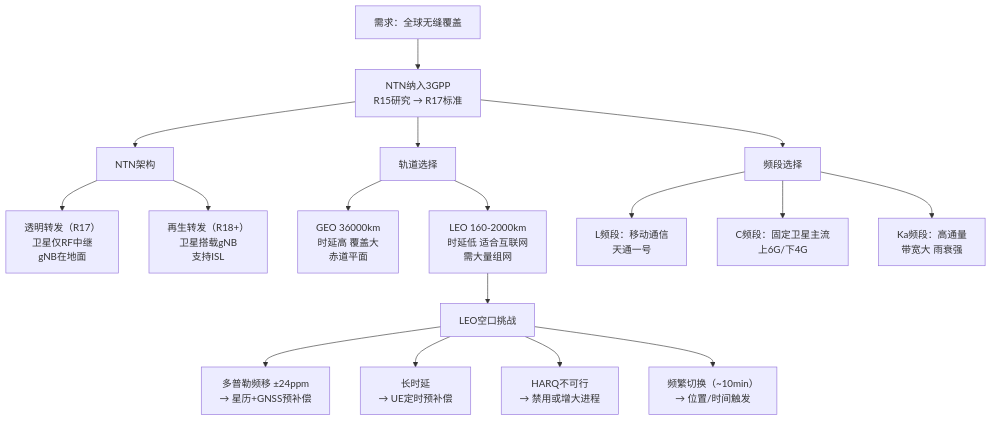
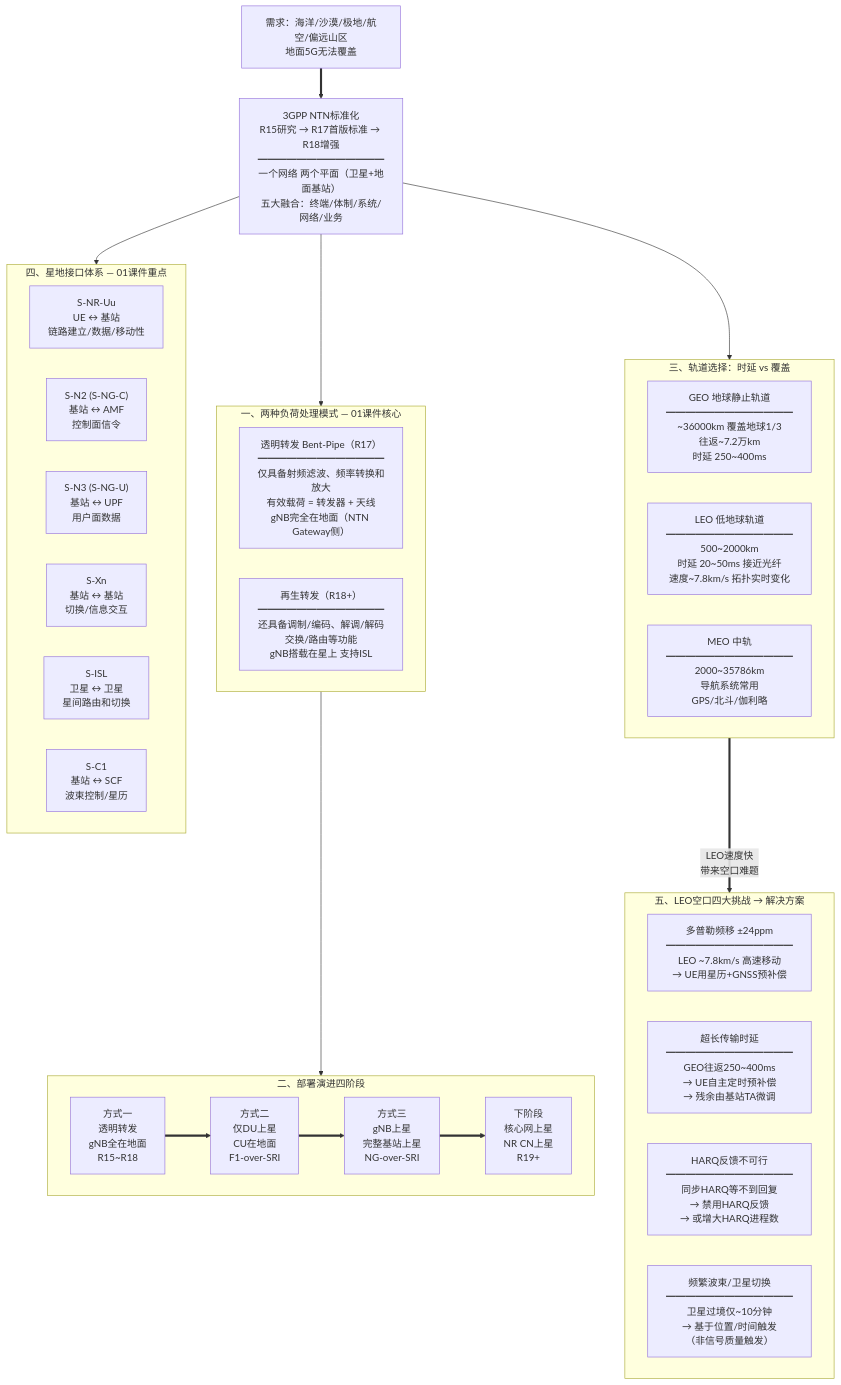
The second of 6 diagrams in 课程笔记/00-逻辑导图与记忆手册.md (luckywangyi/dtcup-2026-prep), drawn with Mermaid before and after one commit. The commit also changed other lines of this file and 40 other files, not shown here.

````diff
--- a/课程笔记/00-逻辑导图与记忆手册.md
+++ b/课程笔记/00-逻辑导图与记忆手册.md
@@ -87,36 +92,51 @@
 ```mermaid
-graph TD
-  need["需求：全球无缝覆盖"]
-  ntn["NTN纳入3GPP<br/>R15研究 → R17标准"]
-  arch["NTN架构"]
-  transparent["透明转发（R17）<br/>卫星仅RF中继<br/>gNB在地面"]
-  regen["再生转发（R18+）<br/>卫星搭载gNB<br/>支持ISL"]
-  orbit["轨道选择"]
-  geo["GEO 36000km<br/>时延高 覆盖大<br/>赤道平面"]
-  leo["LEO 160-2000km<br/>时延低 适合互联网<br/>需大量组网"]
-  freq["频段选择"]
-  lband["L频段：移动通信<br/>天通一号"]
-  cband["C频段：固定卫星主流<br/>上6G/下4G"]
-  kaband["Ka频段：高通量<br/>带宽大 雨衰强"]
-  challenge["LEO空口挑战"]
-  doppler["多普勒频移 ±24ppm<br/>→ 星历+GNSS预补偿"]
-  delay["长时延<br/>→ UE定时预补偿"]
-  harq["HARQ不可行<br/>→ 禁用或增大进程"]
-  handover["频繁切换（~10min）<br/>→ 位置/时间触发"]
+graph TB
+  need["需求：海洋/沙漠/极地/航空/偏远山区<br/>地面5G无法覆盖"]
 
-  need --> ntn --> arch
-  arch --> transparent
-  arch --> regen
-  ntn --> orbit
-  orbit --> geo
-  orbit --> leo
-  ntn --> freq
-  freq --> lband
-  freq --> cband
-  freq --> kaband
-  leo --> challenge
-  challenge --> doppler
-  challenge --> delay
-  challenge --> harq
-  challenge --> handover
+  need ==> ntn["3GPP NTN标准化<br/>R15研究 → R17首版标准 → R18增强<br/>━━━━━━━━━━━━━<br/>一个网络 两个平面（卫星+地面基站）<br/>五大融合：终端/体制/系统/网络/业务"]
+
+  subgraph archGroup [一、两种负荷处理模式 — 01课件核心]
+    direction LR
+    transparent["透明转发 Bent-Pipe（R17）<br/>━━━━━━━━━━━━━<br/>仅具备射频滤波、频率转换和放大<br/>有效载荷 = 转发器 + 天线<br/>gNB完全在地面（NTN Gateway侧）"]
+    regen["再生转发（R18+）<br/>━━━━━━━━━━━━━<br/>还具备调制/编码、解调/解码<br/>交换/路由等功能<br/>gNB搭载在星上 支持ISL"]
+  end
+
+  subgraph evolveGroup [二、部署演进四阶段]
+    direction LR
+    e1["方式一<br/>透明转发<br/>gNB全在地面<br/>R15~R18"]
+    e2["方式二<br/>仅DU上星<br/>CU在地面<br/>F1-over-SRI"]
+    e3["方式三<br/>gNB上星<br/>完整基站上星<br/>NG-over-SRI"]
+    e4["下阶段<br/>核心网上星<br/>NR CN上星<br/>R19+"]
+    e1 ==> e2 ==> e3 ==> e4
+  end
+
+  subgraph orbitGroup [三、轨道选择：时延 vs 覆盖]
+    direction LR
+    geo["GEO 地球静止轨道<br/>━━━━━━━━━━━━━<br/>~36000km 覆盖地球1/3<br/>往返~7.2万km<br/>时延 250~400ms"]
+    leo["LEO 低地球轨道<br/>━━━━━━━━━━━━━<br/>500~2000km<br/>时延 20~50ms 接近光纤<br/>速度~7.8km/s 拓扑实时变化"]
+    meo["MEO 中轨<br/>━━━━━━━━━━━━━<br/>2000~35786km<br/>导航系统常用<br/>GPS/北斗/伽利略"]
+  end
+
+  subgraph interfaceGroup [四、星地接口体系 — 01课件重点]
+    direction LR
+    snruu["S-NR-Uu<br/>UE ↔ 基站<br/>链路建立/数据/移动性"]
+    sn2["S-N2 (S-NG-C)<br/>基站 ↔ AMF<br/>控制面信令"]
+    sn3["S-N3 (S-NG-U)<br/>基站 ↔ UPF<br/>用户面数据"]
+    sxn["S-Xn<br/>基站 ↔ 基站<br/>切换/信息交互"]
+    sisl["S-ISL<br/>卫星 ↔ 卫星<br/>星间路由和切换"]
+    sc1["S-C1<br/>基站 ↔ SCF<br/>波束控制/星历"]
+  end
+
+  subgraph challengeGroup [五、LEO空口四大挑战 → 解决方案]
+    doppler["多普勒频移 ±24ppm<br/>━━━━━━━━━━━━━<br/>LEO ~7.8km/s 高速移动<br/>→ UE用星历+GNSS预补偿"]
+    delay["超长传输时延<br/>━━━━━━━━━━━━━<br/>GEO往返250~400ms<br/>→ UE自主定时预补偿<br/>→ 残余由基站TA微调"]
+    harqProblem["HARQ反馈不可行<br/>━━━━━━━━━━━━━<br/>同步HARQ等不到回复<br/>→ 禁用HARQ反馈<br/>→ 或增大HARQ进程数"]
+    switchProblem["频繁波束/卫星切换<br/>━━━━━━━━━━━━━<br/>卫星过境仅~10分钟<br/>→ 基于位置/时间触发<br/>（非信号质量触发）"]
+  end
+
+  ntn --> archGroup
+  archGroup --> evolveGroup
+  ntn --> orbitGroup
+  ntn --> interfaceGroup
+  leo ==>|"LEO速度快<br/>带来空口难题"| challengeGroup
 ```
````
